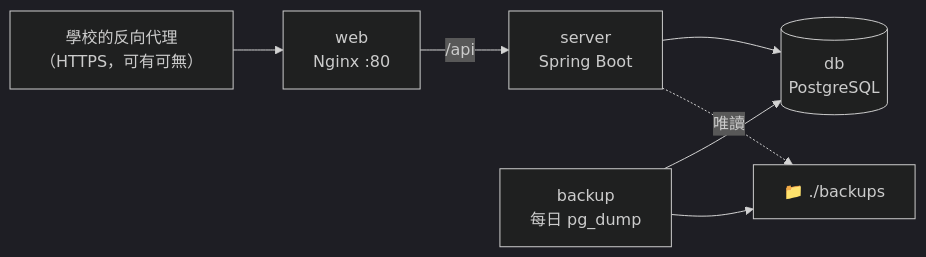
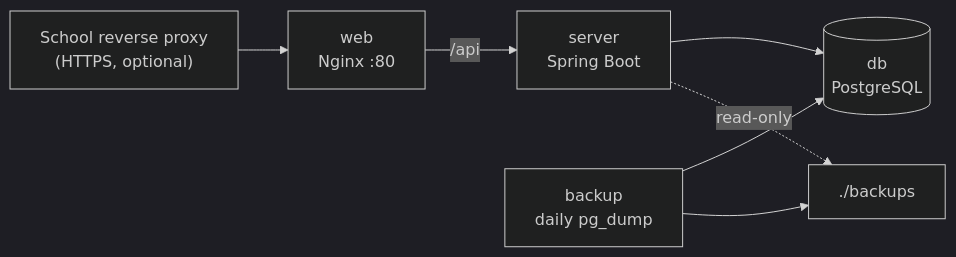
Before and after one commit to alaner652/tpcu-testa: the diagram in docs/deployment.md, drawn with Mermaid (dark theme). The commit also changed other lines of this file and 6 other files, not shown here.

````diff
--- a/docs/deployment.md
+++ b/docs/deployment.md
@@ -3,9 +3,9 @@
 ```mermaid
 flowchart LR
-    P["學校的反向代理<br/>（HTTPS，可有可無）"] --> W["web<br/>Nginx :80"]
+    P["School reverse proxy<br/>(HTTPS, optional)"] --> W["web<br/>Nginx :80"]
     W -->|/api| S["server<br/>Spring Boot"]
     S --> D[("db<br/>PostgreSQL")]
-    K["backup<br/>每日 pg_dump"] --> D
-    K --> F["📁 ./backups"]
-    S -.唯讀.-> F
+    K["backup<br/>daily pg_dump"] --> D
+    K --> F["./backups"]
+    S -.read-only.-> F
 ```
````
